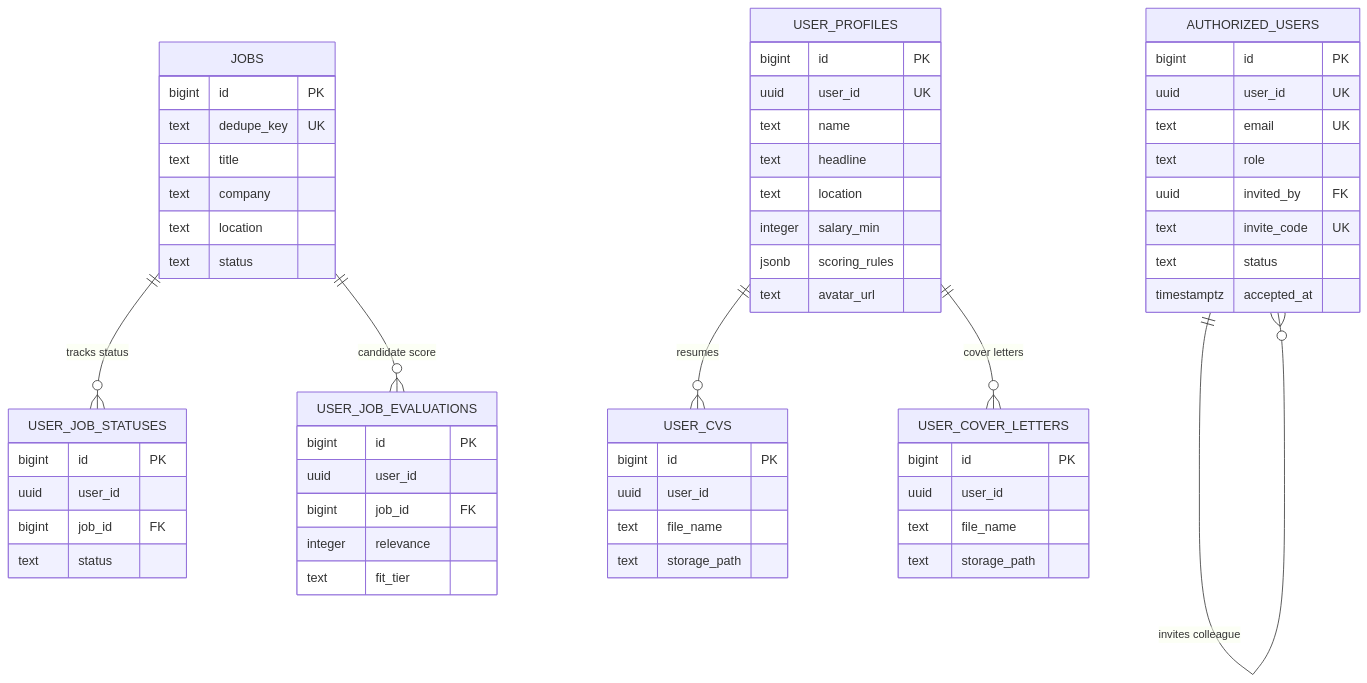
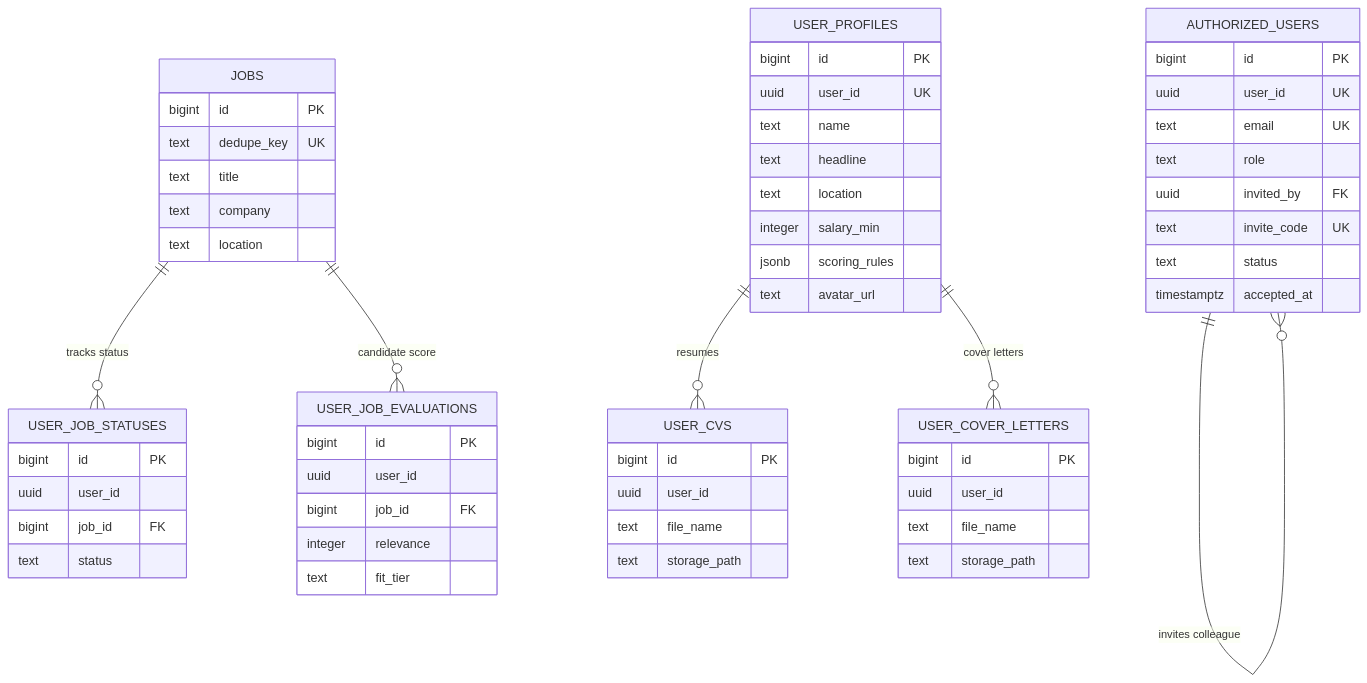
Before and after one commit to jae-labs/jobpulse: the diagram in docs/DATABASE_SCHEMA.md, drawn with Mermaid. The commit also changed other lines of this file and 49 other files, not shown here.

````diff
--- a/docs/DATABASE_SCHEMA.md
+++ b/docs/DATABASE_SCHEMA.md
@@ -7,62 +7,61 @@
 ```mermaid
 erDiagram
     AUTHORIZED_USERS {
         bigint id PK
         uuid user_id UK
         text email UK
         text role
         uuid invited_by FK
         text invite_code UK
         text status
         timestamptz accepted_at
     }
     JOBS {
         bigint id PK
         text dedupe_key UK
         text title
         text company
         text location
-        text status
     }
     USER_PROFILES {
         bigint id PK
         uuid user_id UK
         text name
         text headline
         text location
         integer salary_min
         jsonb scoring_rules
         text avatar_url
     }
     USER_JOB_STATUSES {
         bigint id PK
         uuid user_id
         bigint job_id FK
         text status
     }
     USER_JOB_EVALUATIONS {
         bigint id PK
         uuid user_id
         bigint job_id FK
         integer relevance
         text fit_tier
     }
     USER_CVS {
         bigint id PK
         uuid user_id
         text file_name
         text storage_path
     }
     USER_COVER_LETTERS {
         bigint id PK
         uuid user_id
         text file_name
         text storage_path
     }
 
     AUTHORIZED_USERS ||--o{ AUTHORIZED_USERS : "invites colleague"
     JOBS ||--o{ USER_JOB_STATUSES : "tracks status"
     JOBS ||--o{ USER_JOB_EVALUATIONS : "candidate score"
     USER_PROFILES ||--o{ USER_CVS : "resumes"
     USER_PROFILES ||--o{ USER_COVER_LETTERS : "cover letters"
 ```
````
